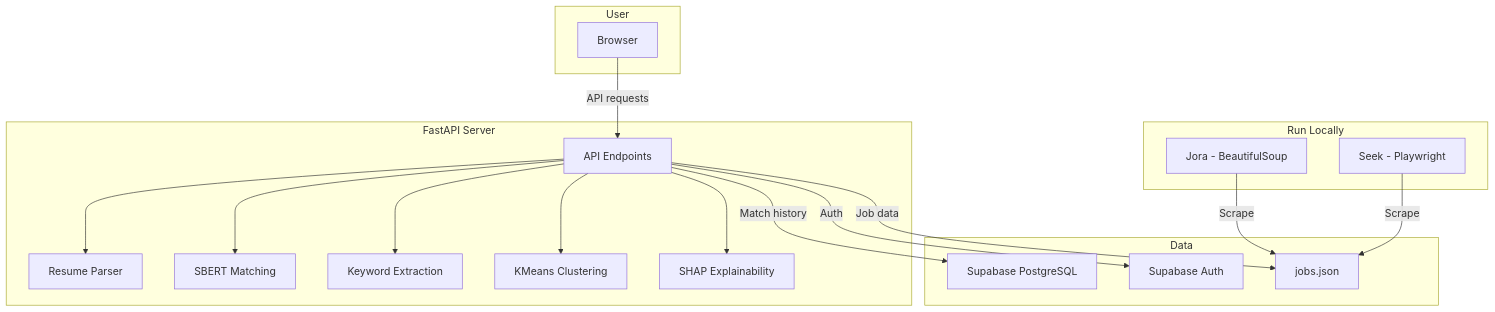
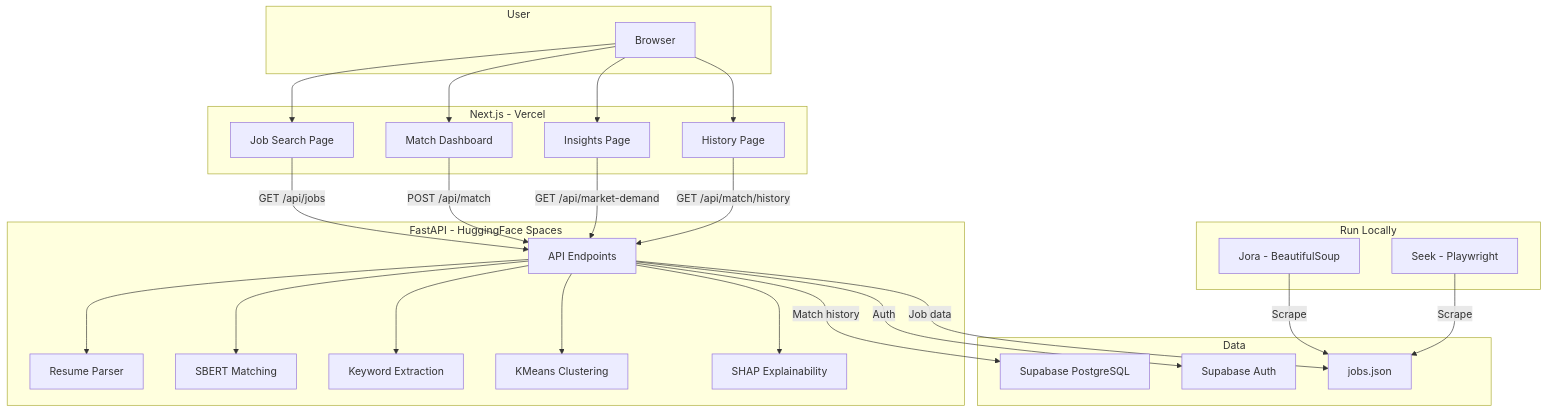
The diagram in README.md (NhatAnh279/job-matcher), drawn with Mermaid before and after one commit. The commit also changed other lines of this file, not shown here.

Commit message:
docs: update README with frontend + full stack

````diff
--- a/README.md
+++ b/README.md
@@ -71,38 +90,52 @@
 ```mermaid
 graph TB
     subgraph User
         A[Browser]
     end
 
-    subgraph Backend [FastAPI Server]
-        B[API Endpoints]
-        C[Resume Parser]
-        D[SBERT Matching]
-        E[Keyword Extraction]
-        F[KMeans Clustering]
-        G[SHAP Explainability]
+    subgraph Frontend [Next.js - Vercel]
+        B[Job Search Page]
+        C[Match Dashboard]
+        D[Insights Page]
+        E[History Page]
+    end
+
+    subgraph Backend [FastAPI - HuggingFace Spaces]
+        F[API Endpoints]
+        G[Resume Parser]
+        H[SBERT Matching]
+        I[Keyword Extraction]
+        J[KMeans Clustering]
+        K[SHAP Explainability]
     end
 
     subgraph Data
-        H[Supabase PostgreSQL]
-        I[Supabase Auth]
-        J[jobs.json]
+        L[Supabase PostgreSQL]
+        M[Supabase Auth]
+        N[jobs.json]
     end
 
     subgraph Scrapers [Run Locally]
-        K[Jora - BeautifulSoup]
-        L[Seek - Playwright]
+        O[Jora - BeautifulSoup]
+        P[Seek - Playwright]
     end
 
-    A -->|API requests| B
-    B --> C
-    B --> D
-    B --> E
-    B --> F
-    B --> G
-    B -->|Auth| I
-    B -->|Match history| H
-    B -->|Job data| J
-    K -->|Scrape| J
-    L -->|Scrape| J
+    A --> B
+    A --> C
+    A --> D
+    A --> E
+    B -->|GET /api/jobs| F
+    C -->|POST /api/match| F
+    D -->|GET /api/market-demand| F
+    E -->|GET /api/match/history| F
+    F --> G
+    F --> H
+    F --> I
+    F --> J
+    F --> K
+    F -->|Auth| M
+    F -->|Match history| L
+    F -->|Job data| N
+    O -->|Scrape| N
+    P -->|Scrape| N
 ```
````
